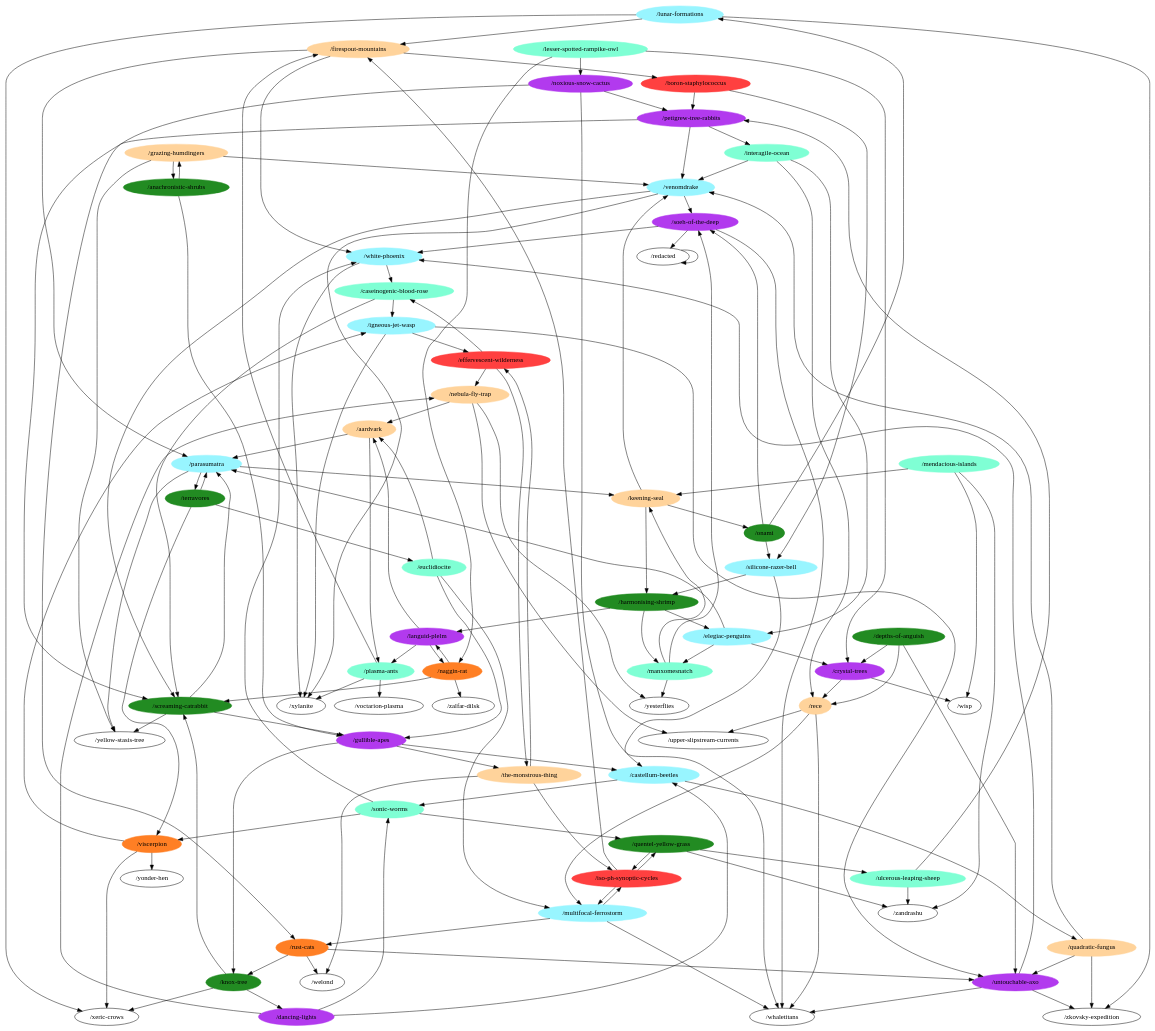
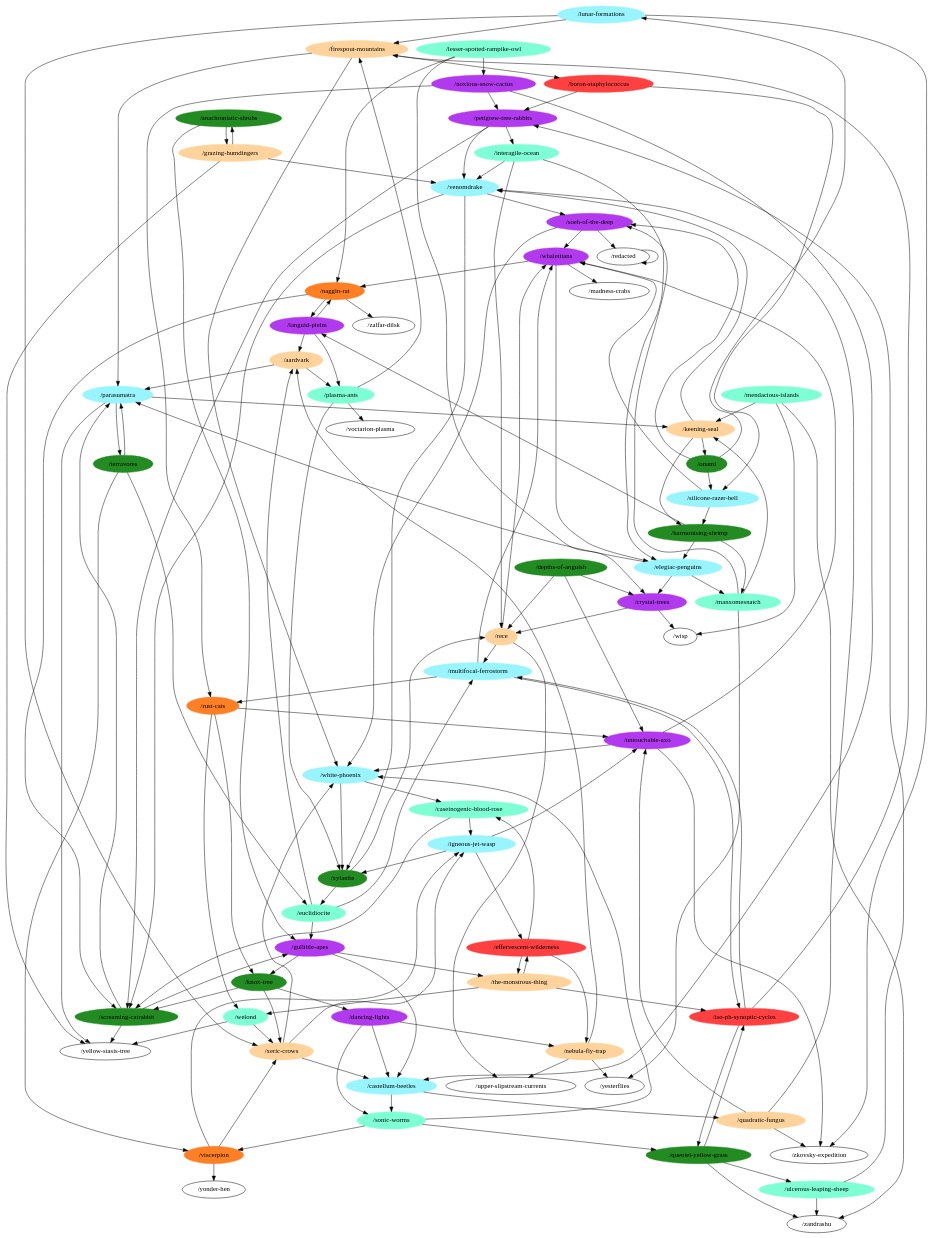
The diagram in general.dot (m-r-hunt/od117-walker), drawn with Graphviz before and after one commit. The commit also changed 3 other files, not shown here.

Commit message:
Updated graphs.

```diff
--- a/general.dot
+++ b/general.dot
@@ -11,16 +11,17 @@
 "/castellum-beetles" [color=cadetblue1,style=filled];
 "/upper-slipstream-currents";
 "/firespout-mountains" [color=burlywood1,style=filled];
-"/xeric-crows";
+"/xeric-crows" [color=burlywood1,style=filled];
 "/zalfar-dilsk";
 "/nebula-fly-trap" [color=burlywood1,style=filled];
 "/igneous-jet-wasp" [color=cadetblue1,style=filled];
 "/lesser-spotted-rampike-owl" [color=aquamarine,style=filled];
+"/madness-crabs";
 "/wisp";
 "/yonder-hen";
 "/venomdrake" [color=cadetblue1,style=filled];
 "/petigrew-tree-rabbits" [color=darkorchid2,style=filled];
-"/welond";
+"/welond" [color=aquamarine,style=filled];
 "/quentel-yellow-grass" [color=forestgreen,style=filled];
 "/noxious-snow-cactus" [color=darkorchid2,style=filled];
 "/grazing-humdingers" [color=burlywood1,style=filled];
@@ -41,7 +42,7 @@
 "/yellow-stasis-tree";
 "/silicone-razer-bell" [color=cadetblue1,style=filled];
 "/depths-of-anguish" [color=forestgreen,style=filled];
-"/whaletitans";
+"/whaletitans" [color=darkorchid2,style=filled];
 "/elegiac-penguins" [color=cadetblue1,style=filled];
 "/the-monstrous-thing" [color=burlywood1,style=filled];
 "/onami" [color=forestgreen,style=filled];
@@ -55,7 +56,7 @@
 "/anachronistic-shrubs" [color=forestgreen,style=filled];
 "/keening-seal" [color=burlywood1,style=filled];
 "/caseinogenic-blood-rose" [color=aquamarine,style=filled];
-"/xylanite";
+"/xylanite" [color=forestgreen,style=filled];
 "/voctarion-plasma";
 "/terravores" [color=forestgreen,style=filled];
 "/zkovsky-expedition";
@@ -92,6 +93,9 @@
 "/firespout-mountains" -> "/boron-staphylococcus";
 "/firespout-mountains" -> "/parasumatra";
 "/firespout-mountains" -> "/white-phoenix";
+"/xeric-crows" -> "/castellum-beetles";
+"/xeric-crows" -> "/igneous-jet-wasp";
+"/xeric-crows" -> "/white-phoenix";
 "/nebula-fly-trap" -> "/upper-slipstream-currents";
 "/nebula-fly-trap" -> "/yesterflies";
 "/nebula-fly-trap" -> "/aardvark";
@@ -107,6 +111,8 @@
 "/petigrew-tree-rabbits" -> "/venomdrake";
 "/petigrew-tree-rabbits" -> "/interagile-ocean";
 "/petigrew-tree-rabbits" -> "/screaming-catrabbit";
+"/welond" -> "/xeric-crows";
+"/welond" -> "/yellow-stasis-tree";
 "/quentel-yellow-grass" -> "/iso-ph-synoptic-cycles";
 "/quentel-yellow-grass" -> "/zandrashu";
 "/quentel-yellow-grass" -> "/ulcerous-leaping-sheep";
@@ -155,6 +161,9 @@
 "/depths-of-anguish" -> "/untouchable-axo";
 "/depths-of-anguish" -> "/rece";
 "/depths-of-anguish" -> "/crystal-trees";
+"/whaletitans" -> "/naggin-rat";
+"/whaletitans" -> "/madness-crabs";
+"/whaletitans" -> "/elegiac-penguins";
 "/elegiac-penguins" -> "/crystal-trees";
 "/elegiac-penguins" -> "/parasumatra";
 "/elegiac-penguins" -> "/manxomesnatch";
@@ -189,6 +198,8 @@
 "/keening-seal" -> "/onami";
 "/caseinogenic-blood-rose" -> "/igneous-jet-wasp";
 "/caseinogenic-blood-rose" -> "/screaming-catrabbit";
+"/xylanite" -> "/rece";
+"/xylanite" -> "/euclidiocite";
 "/terravores" -> "/viscerpion";
 "/terravores" -> "/euclidiocite";
 "/terravores" -> "/parasumatra";
```
